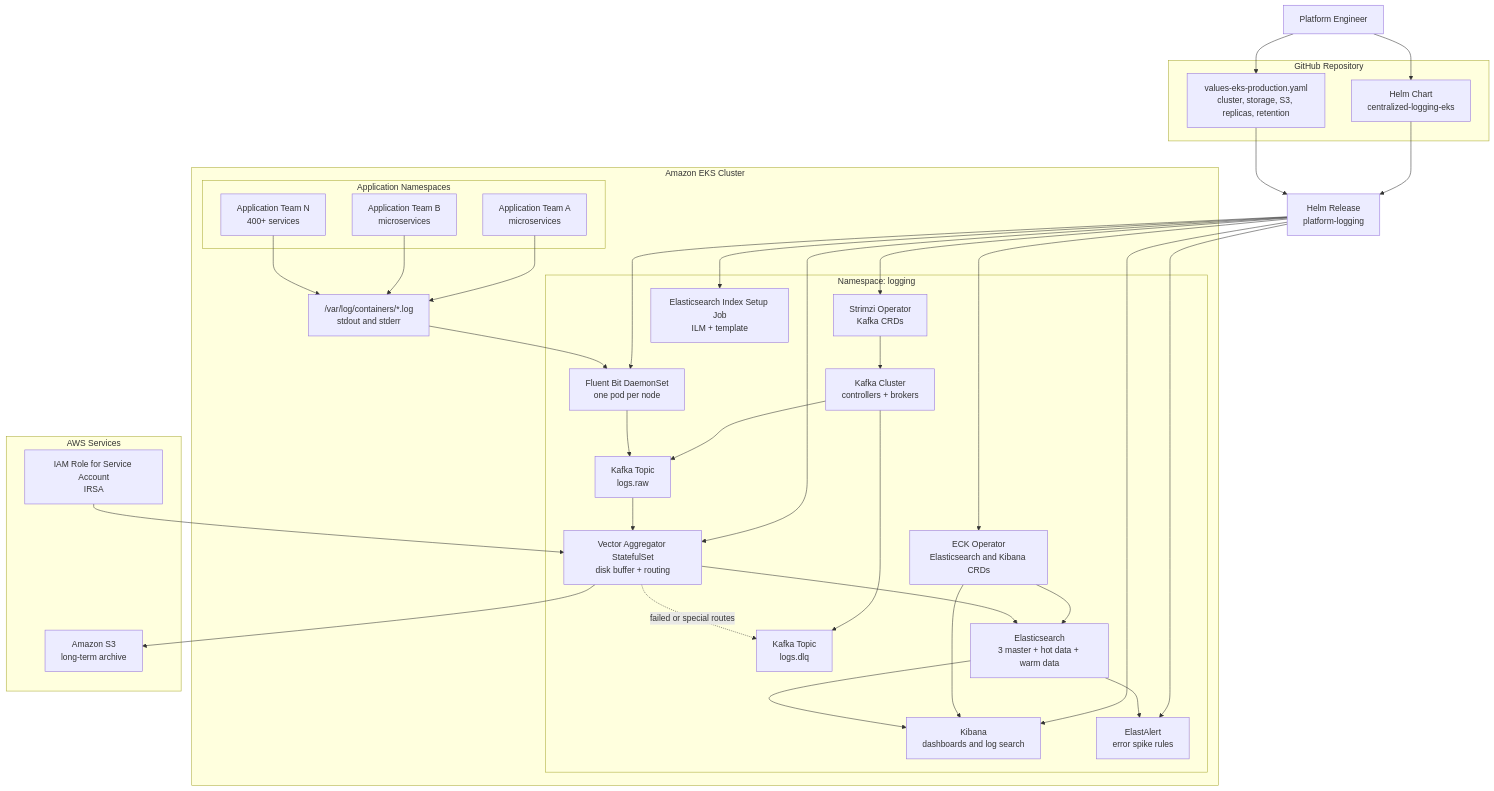
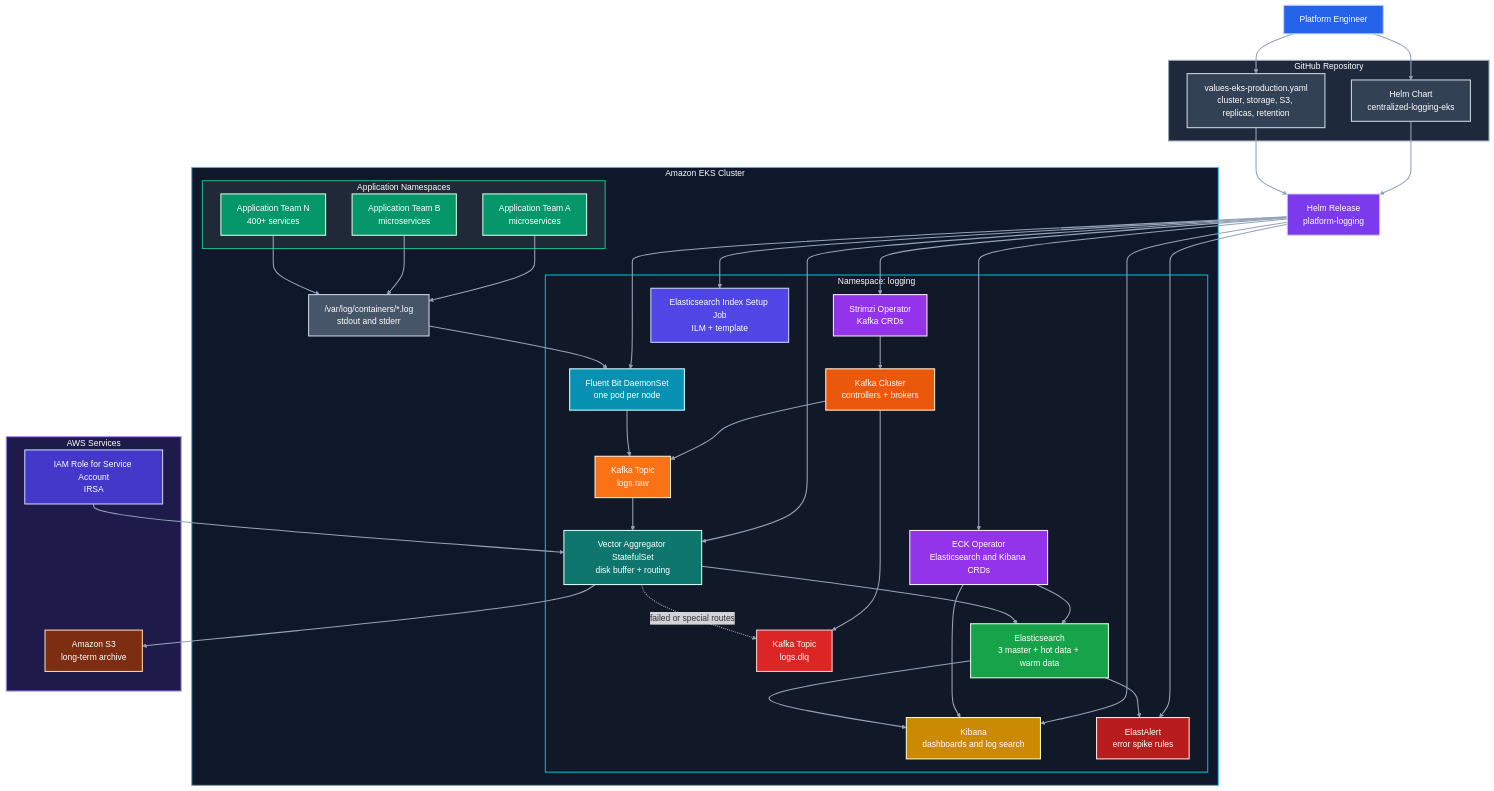
One commit to pramodksahoo/centralized-logging-eks changed the diagram in centralized-logging-eks-helm/centralized-logging-eks/README.md. Above: the diagram before and after it, drawn with Mermaid. The commit also changed other lines of this file, not shown here.

Commit message:
Improve README with detailed setup instructions
Updated README.md to enhance documentation and clarify setup steps.

````diff
--- a/centralized-logging-eks-helm/centralized-logging-eks/README.md
+++ b/centralized-logging-eks-helm/centralized-logging-eks/README.md
@@ -210,6 +210,7 @@
   %% EKS cluster
   %% =========================
   subgraph EKS["Amazon EKS Cluster"]
+    
     subgraph LoggingNS["Namespace: logging"]
       Strimzi["Strimzi Operator<br/>Kafka CRDs"]
       ECK["ECK Operator<br/>Elasticsearch and Kibana CRDs"]
@@ -220,8 +221,10 @@
 
       FluentBit["Fluent Bit DaemonSet<br/>one pod per node"]
       Vector["Vector Aggregator StatefulSet<br/>disk buffer + routing"]
+
       ES["Elasticsearch<br/>3 master + hot data + warm data"]
       Kibana["Kibana<br/>dashboards and log search"]
+
       ElastAlert["ElastAlert<br/>error spike rules"]
       IndexJob["Elasticsearch Index Setup Job<br/>ILM + template"]
     end
@@ -235,11 +238,17 @@
     NodeLogs["/var/log/containers/*.log<br/>stdout and stderr"]
   end
 
+  %% =========================
+  %% AWS Services
+  %% =========================
   subgraph AWS["AWS Services"]
     S3["Amazon S3<br/>long-term archive"]
     IAM["IAM Role for Service Account<br/>IRSA"]
   end
 
+  %% =========================
+  %% Connections
+  %% =========================
   Helm --> Strimzi
   Helm --> ECK
   Helm --> FluentBit
@@ -270,4 +279,55 @@
   ES --> ElastAlert
 
   IAM --> Vector
+
+  %% =========================
+  %% Styling
+  %% =========================
+
+  %% Main sections
+  style GitHub fill:#1e293b,stroke:#94a3b8,stroke-width:2px,color:#ffffff
+  style EKS fill:#0f172a,stroke:#38bdf8,stroke-width:2px,color:#ffffff
+  style AWS fill:#1e1b4b,stroke:#a78bfa,stroke-width:2px,color:#ffffff
+
+  %% Logging namespace
+  style LoggingNS fill:#111827,stroke:#06b6d4,stroke-width:2px,color:#ffffff
+  style AppNamespaces fill:#1f2937,stroke:#10b981,stroke-width:2px,color:#ffffff
+
+  %% GitOps + deployment
+  style Engineer fill:#2563eb,stroke:#bfdbfe,stroke-width:2px,color:#ffffff
+  style Chart fill:#334155,stroke:#cbd5e1,stroke-width:2px,color:#ffffff
+  style Values fill:#334155,stroke:#cbd5e1,stroke-width:2px,color:#ffffff
+  style Helm fill:#7c3aed,stroke:#ddd6fe,stroke-width:2px,color:#ffffff
+
+  %% Operators
+  style Strimzi fill:#9333ea,stroke:#f3e8ff,stroke-width:2px,color:#ffffff
+  style ECK fill:#9333ea,stroke:#f3e8ff,stroke-width:2px,color:#ffffff
+
+  %% Kafka pipeline
+  style Kafka fill:#ea580c,stroke:#ffedd5,stroke-width:2px,color:#ffffff
+  style TopicRaw fill:#f97316,stroke:#ffedd5,stroke-width:2px,color:#ffffff
+  style TopicDLQ fill:#dc2626,stroke:#fecaca,stroke-width:2px,color:#ffffff
+
+  %% Log collection
+  style FluentBit fill:#0891b2,stroke:#cffafe,stroke-width:2px,color:#ffffff
+  style Vector fill:#0f766e,stroke:#ccfbf1,stroke-width:2px,color:#ffffff
+  style NodeLogs fill:#475569,stroke:#cbd5e1,stroke-width:2px,color:#ffffff
+
+  %% Elasticsearch stack
+  style ES fill:#16a34a,stroke:#dcfce7,stroke-width:2px,color:#ffffff
+  style Kibana fill:#ca8a04,stroke:#fef9c3,stroke-width:2px,color:#ffffff
+  style ElastAlert fill:#b91c1c,stroke:#fee2e2,stroke-width:2px,color:#ffffff
+  style IndexJob fill:#4f46e5,stroke:#c7d2fe,stroke-width:2px,color:#ffffff
+
+  %% Applications
+  style App1 fill:#059669,stroke:#d1fae5,stroke-width:2px,color:#ffffff
+  style App2 fill:#059669,stroke:#d1fae5,stroke-width:2px,color:#ffffff
+  style AppN fill:#059669,stroke:#d1fae5,stroke-width:2px,color:#ffffff
+
+  %% AWS
+  style S3 fill:#7c2d12,stroke:#fed7aa,stroke-width:2px,color:#ffffff
+  style IAM fill:#4338ca,stroke:#c7d2fe,stroke-width:2px,color:#ffffff
+
+  %% Link styling
+  linkStyle default stroke:#94a3b8,stroke-width:2px
 ```
````
